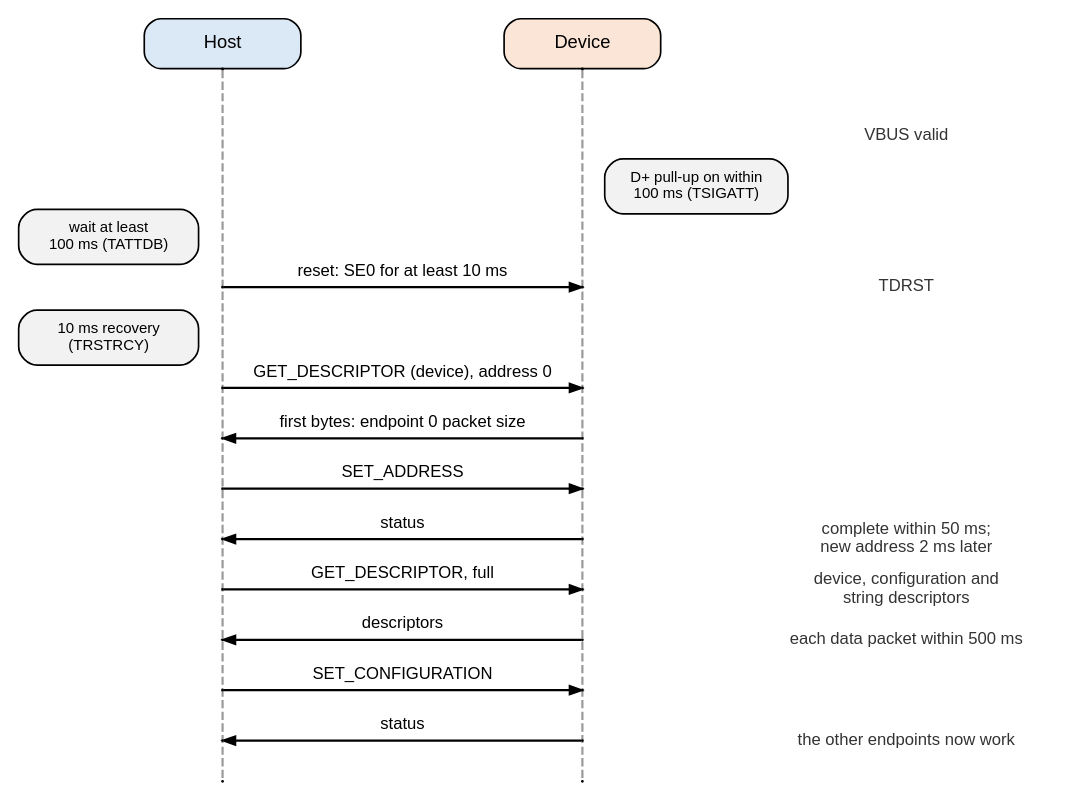
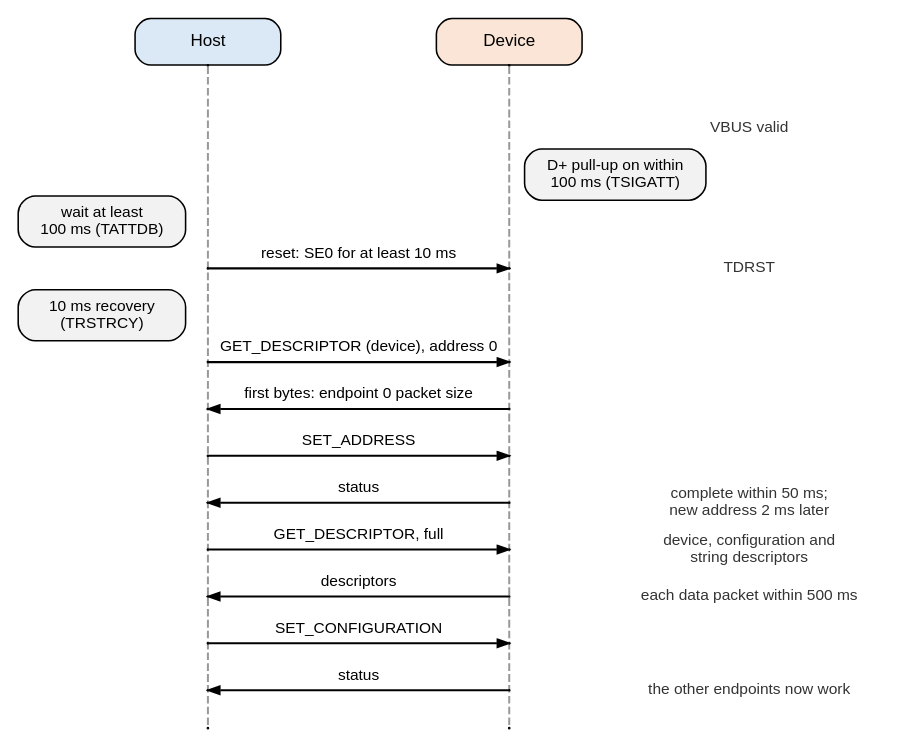
The diagram in docs/usb-serial/transactions/enumeration.dot (mithro/evampire), drawn with Graphviz before and after one commit. The commit also changed 10 other files, not shown here.

First line of the commit message:
Narrow the wide USB serial timing and sequence diagrams

```diff
--- a/docs/usb-serial/transactions/enumeration.dot
+++ b/docs/usb-serial/transactions/enumeration.dot
@@ -1,65 +1,65 @@
 // Enumeration of a full-speed device, with the time limits of USB 2.0.
 // Generated by sequences.py (do not edit by hand). Time runs
 // downwards and is not to scale.
 //
 // SPDX-License-Identifier: Apache-2.0
 
 digraph enumeration {
-    graph [layout=neato, splines=false, overlap=true, fontname="Helvetica", outputorder=edgesfirst];
+    graph [layout=neato, splines=false, overlap=true, fontname="Helvetica", outputorder=edgesfirst, size="7.4,30"];
     node  [shape=point, width=0.01, height=0.01, label="", fontname="Helvetica"];
     edge  [arrowsize=0.7, penwidth=1.3];
 
-    h37 [pos="1.20,0.35!", shape=box, style="rounded,filled", fillcolor="#dbe8f5", label="Host", width=1.3, height=0.42, fontsize=11];
-    h40 [pos="4.20,0.35!", shape=box, style="rounded,filled", fillcolor="#fbe5d6", label="Device", width=1.3, height=0.42, fontsize=11];
-    t1 [pos="6.90,-0.42!", shape=plaintext, label="VBUS valid", width=2.6, height=0.17, fontsize=10, fontcolor="#333333"];
-    t2 [pos="5.15,-0.84!", shape=box, style="rounded,filled", fillcolor="#f2f2f2", label="D+ pull-up on within\n100 ms (TSIGATT)", width=1.5, height=0.46, fontsize=9];
-    t3 [pos="0.25,-1.26!", shape=box, style="rounded,filled", fillcolor="#f2f2f2", label="wait at least\n100 ms (TATTDB)", width=1.5, height=0.46, fontsize=9];
-    p4 [pos="1.20,-1.68!"];
-    p5 [pos="4.20,-1.68!"];
+    h37 [pos="1.00,0.35!", shape=box, style="rounded,filled", fillcolor="#dbe8f5", label="Host", width=1.3, height=0.42, fontsize=11];
+    h40 [pos="3.70,0.35!", shape=box, style="rounded,filled", fillcolor="#fbe5d6", label="Device", width=1.3, height=0.42, fontsize=11];
+    t1 [pos="5.85,-0.42!", shape=plaintext, label="VBUS valid", width=2.6, height=0.17, fontsize=10, fontcolor="#333333"];
+    t2 [pos="4.65,-0.84!", shape=box, style="rounded,filled", fillcolor="#f2f2f2", label="D+ pull-up on within\n100 ms (TSIGATT)", width=1.5, height=0.46, fontsize=10];
+    t3 [pos="0.05,-1.26!", shape=box, style="rounded,filled", fillcolor="#f2f2f2", label="wait at least\n100 ms (TATTDB)", width=1.5, height=0.46, fontsize=10];
+    p4 [pos="1.00,-1.68!"];
+    p5 [pos="3.70,-1.68!"];
     p4 -> p5 [color="#000000", style=solid];
-    t6 [pos="2.70,-1.55!", shape=plaintext, label="reset: SE0 for at least 10 ms", width=2.4, height=0.17, fontsize=10, fontcolor="#000000"];
-    t7 [pos="6.90,-1.68!", shape=plaintext, label="TDRST", width=2.6, height=0.17, fontsize=10, fontcolor="#333333"];
-    t8 [pos="0.25,-2.10!", shape=box, style="rounded,filled", fillcolor="#f2f2f2", label="10 ms recovery\n(TRSTRCY)", width=1.5, height=0.46, fontsize=9];
-    p9 [pos="1.20,-2.52!"];
-    p10 [pos="4.20,-2.52!"];
+    t6 [pos="2.35,-1.55!", shape=plaintext, label="reset: SE0 for at least 10 ms", width=2.4, height=0.17, fontsize=10, fontcolor="#000000"];
+    t7 [pos="5.85,-1.68!", shape=plaintext, label="TDRST", width=2.6, height=0.17, fontsize=10, fontcolor="#333333"];
+    t8 [pos="0.05,-2.10!", shape=box, style="rounded,filled", fillcolor="#f2f2f2", label="10 ms recovery\n(TRSTRCY)", width=1.5, height=0.46, fontsize=10];
+    p9 [pos="1.00,-2.52!"];
+    p10 [pos="3.70,-2.52!"];
     p9 -> p10 [color="#000000", style=solid];
-    t11 [pos="2.70,-2.39!", shape=plaintext, label="GET_DESCRIPTOR (device), address 0", width=2.4, height=0.17, fontsize=10, fontcolor="#000000"];
-    p12 [pos="4.20,-2.94!"];
-    p13 [pos="1.20,-2.94!"];
+    t11 [pos="2.35,-2.39!", shape=plaintext, label="GET_DESCRIPTOR (device), address 0", width=2.4, height=0.17, fontsize=10, fontcolor="#000000"];
+    p12 [pos="3.70,-2.94!"];
+    p13 [pos="1.00,-2.94!"];
     p12 -> p13 [color="#000000", style=solid];
-    t14 [pos="2.70,-2.81!", shape=plaintext, label="first bytes: endpoint 0 packet size", width=2.4, height=0.17, fontsize=10, fontcolor="#000000"];
-    p15 [pos="1.20,-3.36!"];
-    p16 [pos="4.20,-3.36!"];
+    t14 [pos="2.35,-2.81!", shape=plaintext, label="first bytes: endpoint 0 packet size", width=2.4, height=0.17, fontsize=10, fontcolor="#000000"];
+    p15 [pos="1.00,-3.36!"];
+    p16 [pos="3.70,-3.36!"];
     p15 -> p16 [color="#000000", style=solid];
-    t17 [pos="2.70,-3.23!", shape=plaintext, label="SET_ADDRESS", width=2.4, height=0.17, fontsize=10, fontcolor="#000000"];
-    p18 [pos="4.20,-3.78!"];
-    p19 [pos="1.20,-3.78!"];
+    t17 [pos="2.35,-3.23!", shape=plaintext, label="SET_ADDRESS", width=2.4, height=0.17, fontsize=10, fontcolor="#000000"];
+    p18 [pos="3.70,-3.78!"];
+    p19 [pos="1.00,-3.78!"];
     p18 -> p19 [color="#000000", style=solid];
-    t20 [pos="2.70,-3.65!", shape=plaintext, label="status", width=2.4, height=0.17, fontsize=10, fontcolor="#000000"];
-    t21 [pos="6.90,-3.78!", shape=plaintext, label="complete within 50 ms;\nnew address 2 ms later", width=2.6, height=0.34, fontsize=10, fontcolor="#333333"];
-    p22 [pos="1.20,-4.20!"];
-    p23 [pos="4.20,-4.20!"];
+    t20 [pos="2.35,-3.65!", shape=plaintext, label="status", width=2.4, height=0.17, fontsize=10, fontcolor="#000000"];
+    t21 [pos="5.85,-3.78!", shape=plaintext, label="complete within 50 ms;\nnew address 2 ms later", width=2.6, height=0.34, fontsize=10, fontcolor="#333333"];
+    p22 [pos="1.00,-4.20!"];
+    p23 [pos="3.70,-4.20!"];
     p22 -> p23 [color="#000000", style=solid];
-    t24 [pos="2.70,-4.07!", shape=plaintext, label="GET_DESCRIPTOR, full", width=2.4, height=0.17, fontsize=10, fontcolor="#000000"];
-    t25 [pos="6.90,-4.20!", shape=plaintext, label="device, configuration and\nstring descriptors", width=2.6, height=0.34, fontsize=10, fontcolor="#333333"];
-    p26 [pos="4.20,-4.62!"];
-    p27 [pos="1.20,-4.62!"];
+    t24 [pos="2.35,-4.07!", shape=plaintext, label="GET_DESCRIPTOR, full", width=2.4, height=0.17, fontsize=10, fontcolor="#000000"];
+    t25 [pos="5.85,-4.20!", shape=plaintext, label="device, configuration and\nstring descriptors", width=2.6, height=0.34, fontsize=10, fontcolor="#333333"];
+    p26 [pos="3.70,-4.62!"];
+    p27 [pos="1.00,-4.62!"];
     p26 -> p27 [color="#000000", style=solid];
-    t28 [pos="2.70,-4.49!", shape=plaintext, label="descriptors", width=2.4, height=0.17, fontsize=10, fontcolor="#000000"];
-    t29 [pos="6.90,-4.62!", shape=plaintext, label="each data packet within 500 ms", width=2.6, height=0.17, fontsize=10, fontcolor="#333333"];
-    p30 [pos="1.20,-5.04!"];
-    p31 [pos="4.20,-5.04!"];
+    t28 [pos="2.35,-4.49!", shape=plaintext, label="descriptors", width=2.4, height=0.17, fontsize=10, fontcolor="#000000"];
+    t29 [pos="5.85,-4.62!", shape=plaintext, label="each data packet within 500 ms", width=2.6, height=0.17, fontsize=10, fontcolor="#333333"];
+    p30 [pos="1.00,-5.04!"];
+    p31 [pos="3.70,-5.04!"];
     p30 -> p31 [color="#000000", style=solid];
-    t32 [pos="2.70,-4.91!", shape=plaintext, label="SET_CONFIGURATION", width=2.4, height=0.17, fontsize=10, fontcolor="#000000"];
-    p33 [pos="4.20,-5.46!"];
-    p34 [pos="1.20,-5.46!"];
+    t32 [pos="2.35,-4.91!", shape=plaintext, label="SET_CONFIGURATION", width=2.4, height=0.17, fontsize=10, fontcolor="#000000"];
+    p33 [pos="3.70,-5.46!"];
+    p34 [pos="1.00,-5.46!"];
     p33 -> p34 [color="#000000", style=solid];
-    t35 [pos="2.70,-5.33!", shape=plaintext, label="status", width=2.4, height=0.17, fontsize=10, fontcolor="#000000"];
-    t36 [pos="6.90,-5.46!", shape=plaintext, label="the other endpoints now work", width=2.6, height=0.17, fontsize=10, fontcolor="#333333"];
-    p38 [pos="1.20,0.14!"];
-    p39 [pos="1.20,-5.80!"];
+    t35 [pos="2.35,-5.33!", shape=plaintext, label="status", width=2.4, height=0.17, fontsize=10, fontcolor="#000000"];
+    t36 [pos="5.85,-5.46!", shape=plaintext, label="the other endpoints now work", width=2.6, height=0.17, fontsize=10, fontcolor="#333333"];
+    p38 [pos="1.00,0.14!"];
+    p39 [pos="1.00,-5.80!"];
     p38 -> p39 [arrowhead=none, style=dashed, color="#999999"];
-    p41 [pos="4.20,0.14!"];
-    p42 [pos="4.20,-5.80!"];
+    p41 [pos="3.70,0.14!"];
+    p42 [pos="3.70,-5.80!"];
     p41 -> p42 [arrowhead=none, style=dashed, color="#999999"];
 }
```
